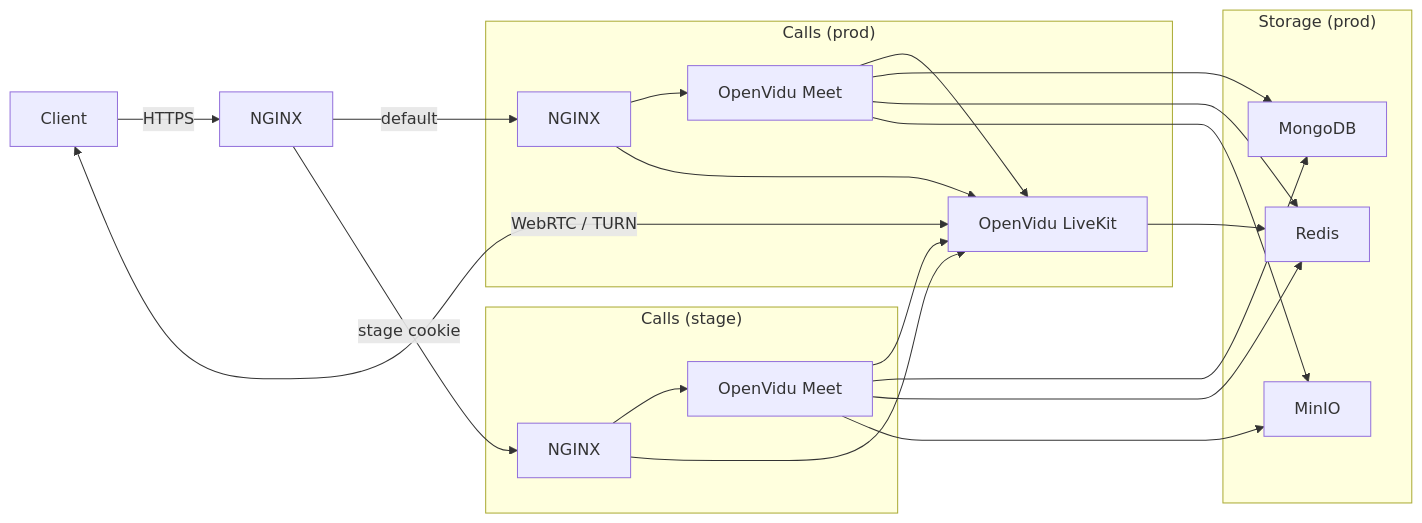
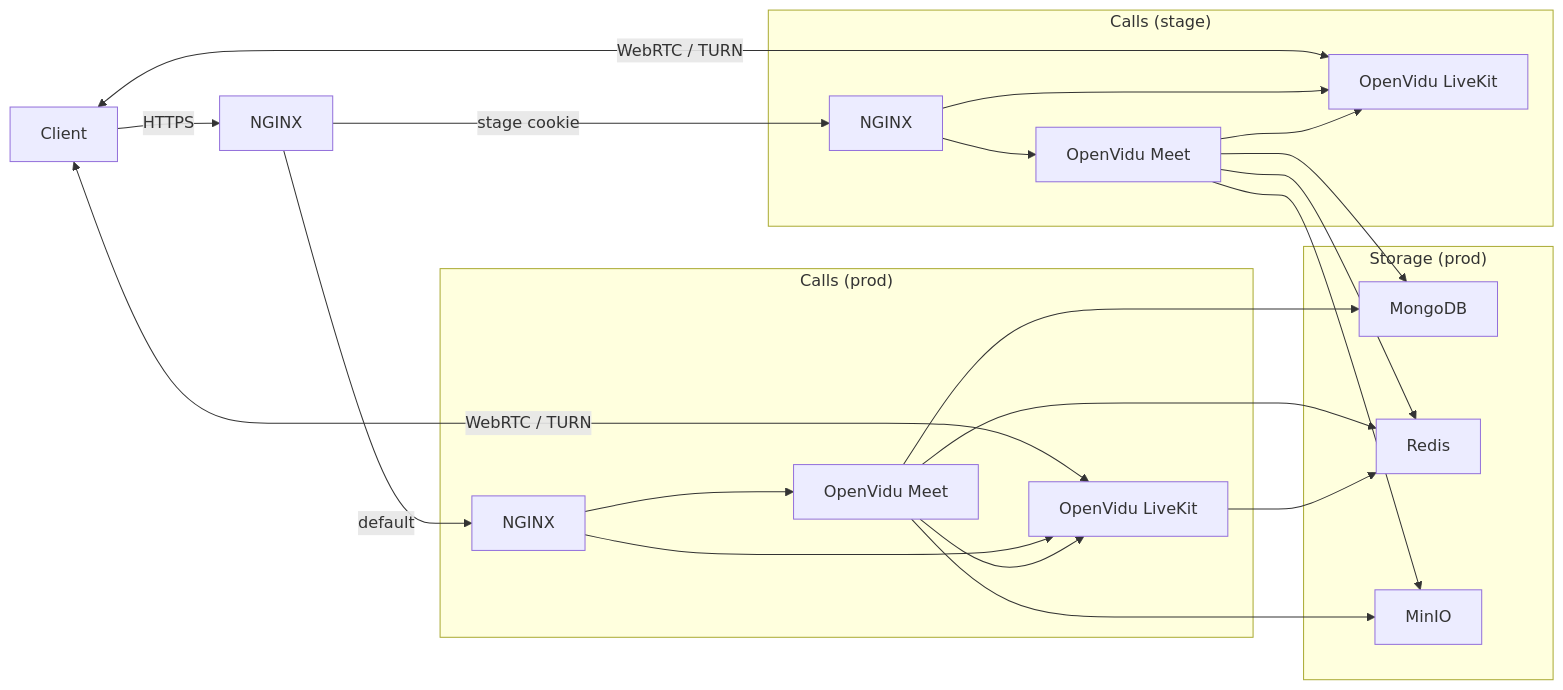
Before and after one commit to dwspurpleteam/deployer: the diagram in README.md, drawn with Mermaid. The commit also changed 5 other files, not shown here.

````diff
--- a/README.md
+++ b/README.md
@@ -12,33 +12,34 @@
 ```mermaid
 flowchart LR
   browser[Client] -->|HTTPS| ingress[NGINX]
   ingress -->|default| proxy
   ingress -->|stage cookie| stage
   browser <-->|WebRTC / TURN| openvidu
+  browser <-->|WebRTC / TURN| stage_openvidu
 
   subgraph calls_stage["Calls (stage)"]
     stage[NGINX] --> stage_meet[OpenVidu Meet]
+    stage --> stage_openvidu[OpenVidu LiveKit]
+    stage_meet --> stage_openvidu
   end
 
   subgraph calls_prod["Calls (prod)"]
     proxy["NGINX"] --> meet[OpenVidu Meet]
     proxy --> openvidu[OpenVidu LiveKit]
     meet --> openvidu
   end
 
   subgraph storage["Storage (prod)"]
     mongodb[MongoDB]
     redis[Redis]
     minio[MinIO]
   end
 
   meet --> mongodb
   meet --> redis
   meet --> minio
-  stage --> openvidu
-  stage_meet --> openvidu
   stage_meet --> mongodb
   stage_meet --> redis
   stage_meet --> minio
   openvidu --> redis
 ```
````
